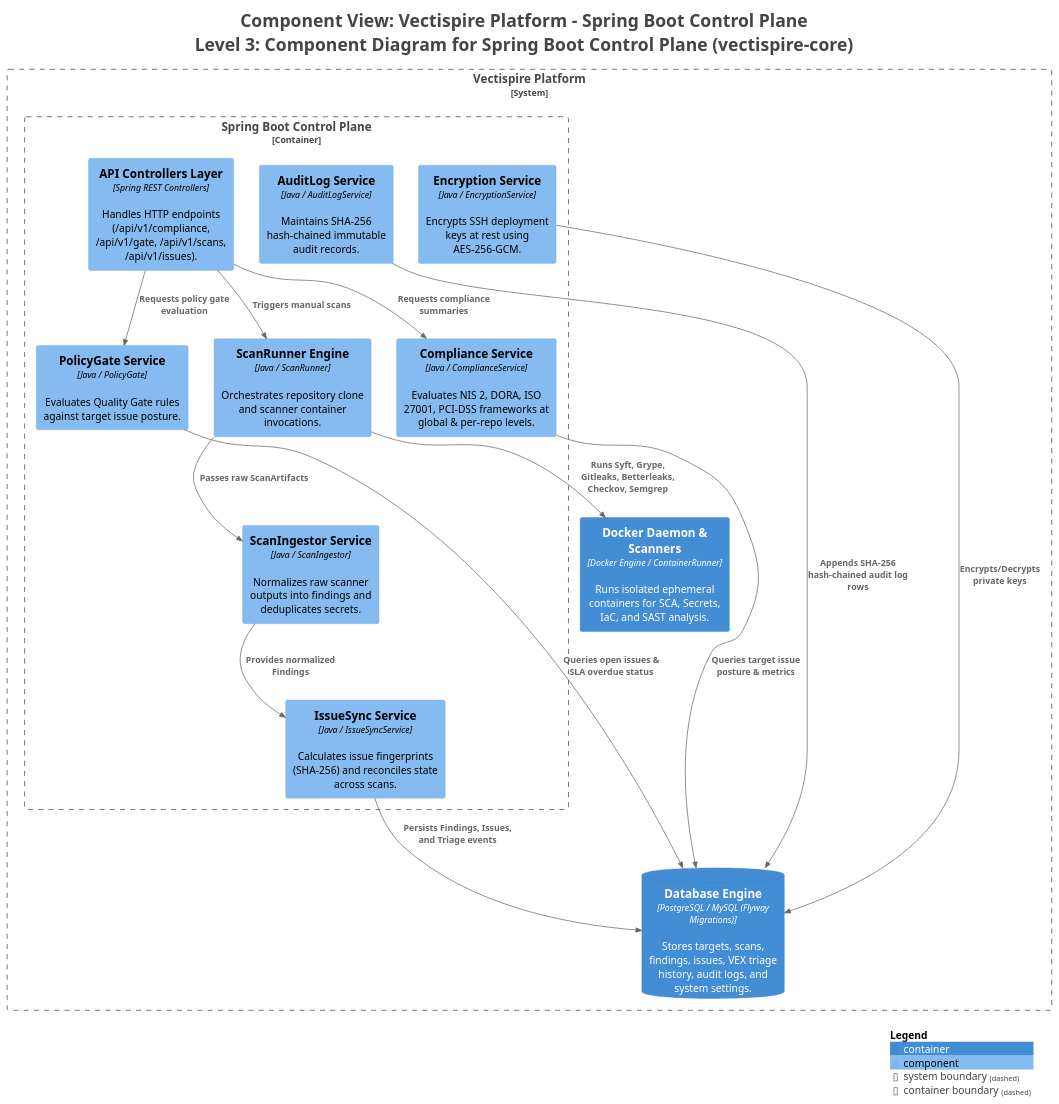
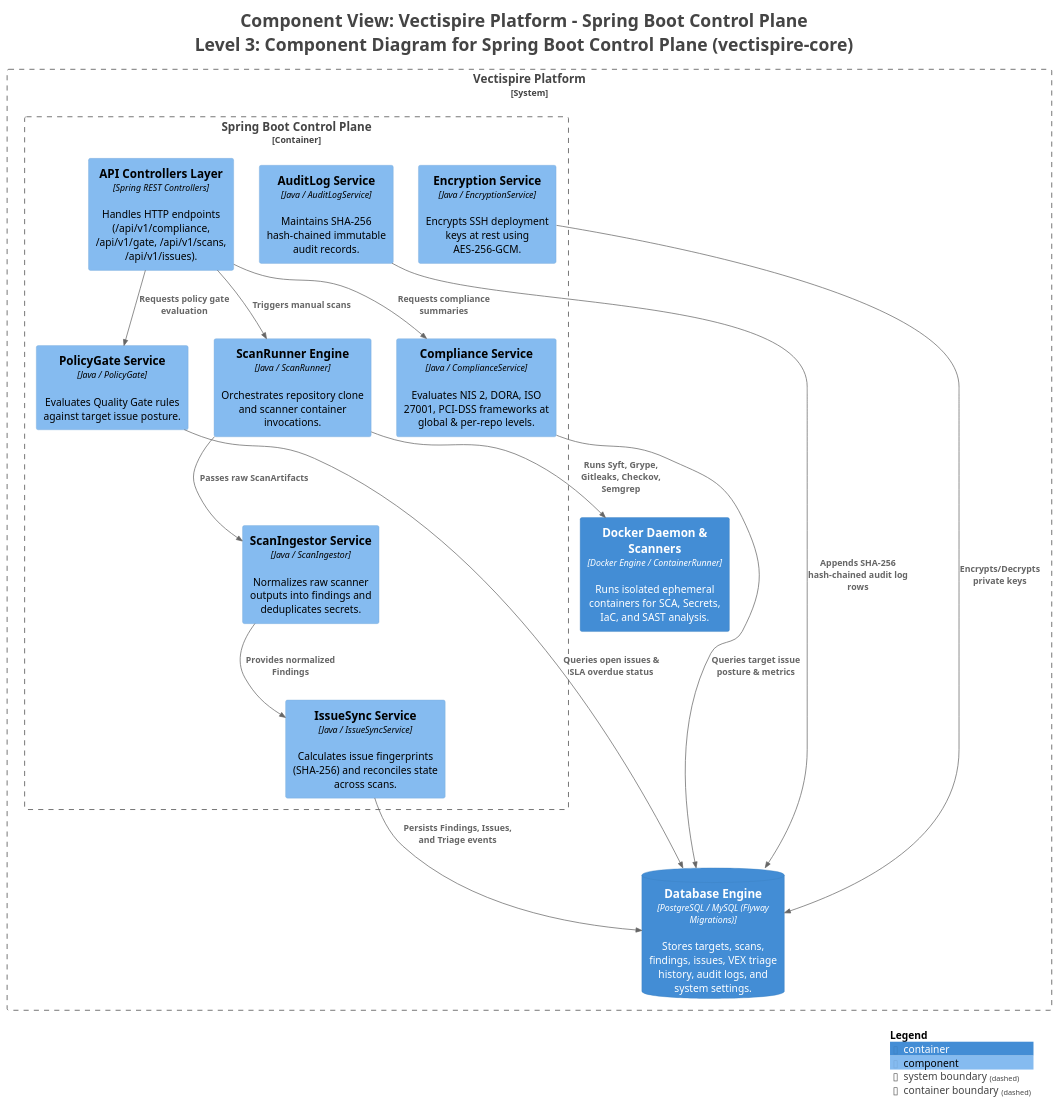
The diagram in docs/architecture/c4/diagrams/structurizr-Components.puml (asmolabs/vectispire), drawn with PlantUML before and after one commit. The commit also changed 38 other files, not shown here.

```diff
--- a/docs/architecture/c4/diagrams/structurizr-Components.puml
+++ b/docs/architecture/c4/diagrams/structurizr-Components.puml
@@ -1,49 +1,49 @@
 @startuml
 title <size:24>Component View: Vectispire Platform - Spring Boot Control Plane</size>\n<size:24>Level 3: Component Diagram for Spring Boot Control Plane (vectispire-core)</size>
 
 set separator none
 top to bottom direction
 
 <style>
   root {
     BackgroundColor: #ffffff
     FontColor: #444444
   }
 </style>
 
 !include <C4/C4>
 !include <C4/C4_Context>
 !include <C4/C4_Container>
 !include <C4/C4_Component>
 
 System_Boundary("VectispirePlatform_boundary", "Vectispire Platform", $tags="") {
   Container_Boundary("VectispirePlatform.SpringBootControlPlane_boundary", "Spring Boot Control Plane", $tags="") {
     Component(VectispirePlatform.SpringBootControlPlane.IssueSyncService, "IssueSync Service", $techn="Java / IssueSyncService", $descr="Calculates issue fingerprints (SHA-256) and reconciles state across scans.", $tags="", $link="")
     Component(VectispirePlatform.SpringBootControlPlane.ComplianceService, "Compliance Service", $techn="Java / ComplianceService", $descr="Evaluates NIS 2, DORA, ISO 27001, PCI-DSS frameworks at global & per-repo levels.", $tags="", $link="")
     Component(VectispirePlatform.SpringBootControlPlane.PolicyGateService, "PolicyGate Service", $techn="Java / PolicyGate", $descr="Evaluates Quality Gate rules against target issue posture.", $tags="", $link="")
     Component(VectispirePlatform.SpringBootControlPlane.AuditLogService, "AuditLog Service", $techn="Java / AuditLogService", $descr="Maintains SHA-256 hash-chained immutable audit records.", $tags="", $link="")
     Component(VectispirePlatform.SpringBootControlPlane.EncryptionService, "Encryption Service", $techn="Java / EncryptionService", $descr="Encrypts SSH deployment keys at rest using AES-256-GCM.", $tags="", $link="")
     Component(VectispirePlatform.SpringBootControlPlane.APIControllersLayer, "API Controllers Layer", $techn="Spring REST Controllers", $descr="Handles HTTP endpoints (/api/v1/compliance, /api/v1/gate, /api/v1/scans, /api/v1/issues).", $tags="", $link="")
     Component(VectispirePlatform.SpringBootControlPlane.ScanRunnerEngine, "ScanRunner Engine", $techn="Java / ScanRunner", $descr="Orchestrates repository clone and scanner container invocations.", $tags="", $link="")
     Component(VectispirePlatform.SpringBootControlPlane.ScanIngestorService, "ScanIngestor Service", $techn="Java / ScanIngestor", $descr="Normalizes raw scanner outputs into findings and deduplicates secrets.", $tags="", $link="")
   }
 
   ContainerDb(VectispirePlatform.DatabaseEngine, "Database Engine", $techn="PostgreSQL / MySQL (Flyway Migrations)", $descr="Stores targets, scans, findings, issues, VEX triage history, audit logs, and system settings.", $tags="", $link="")
   Container(VectispirePlatform.DockerDaemonScanners, "Docker Daemon & Scanners", $techn="Docker Engine / ContainerRunner", $descr="Runs isolated ephemeral containers for SCA, Secrets, IaC, and SAST analysis.", $tags="", $link="")
 }
 
 Rel(VectispirePlatform.SpringBootControlPlane.APIControllersLayer, VectispirePlatform.SpringBootControlPlane.ComplianceService, "Requests compliance summaries", $techn="", $tags="", $link="")
 Rel(VectispirePlatform.SpringBootControlPlane.APIControllersLayer, VectispirePlatform.SpringBootControlPlane.PolicyGateService, "Requests policy gate evaluation", $techn="", $tags="", $link="")
 Rel(VectispirePlatform.SpringBootControlPlane.APIControllersLayer, VectispirePlatform.SpringBootControlPlane.ScanRunnerEngine, "Triggers manual scans", $techn="", $tags="", $link="")
-Rel(VectispirePlatform.SpringBootControlPlane.ScanRunnerEngine, VectispirePlatform.DockerDaemonScanners, "Runs Syft, Grype, Gitleaks, Betterleaks, Checkov, Semgrep", $techn="", $tags="", $link="")
+Rel(VectispirePlatform.SpringBootControlPlane.ScanRunnerEngine, VectispirePlatform.DockerDaemonScanners, "Runs Syft, Grype, Gitleaks, Checkov, Semgrep", $techn="", $tags="", $link="")
 Rel(VectispirePlatform.SpringBootControlPlane.ScanRunnerEngine, VectispirePlatform.SpringBootControlPlane.ScanIngestorService, "Passes raw ScanArtifacts", $techn="", $tags="", $link="")
 Rel(VectispirePlatform.SpringBootControlPlane.ScanIngestorService, VectispirePlatform.SpringBootControlPlane.IssueSyncService, "Provides normalized Findings", $techn="", $tags="", $link="")
 Rel(VectispirePlatform.SpringBootControlPlane.IssueSyncService, VectispirePlatform.DatabaseEngine, "Persists Findings, Issues, and Triage events", $techn="", $tags="", $link="")
 Rel(VectispirePlatform.SpringBootControlPlane.ComplianceService, VectispirePlatform.DatabaseEngine, "Queries target issue posture & metrics", $techn="", $tags="", $link="")
 Rel(VectispirePlatform.SpringBootControlPlane.PolicyGateService, VectispirePlatform.DatabaseEngine, "Queries open issues & SLA overdue status", $techn="", $tags="", $link="")
 Rel(VectispirePlatform.SpringBootControlPlane.AuditLogService, VectispirePlatform.DatabaseEngine, "Appends SHA-256 hash-chained audit log rows", $techn="", $tags="", $link="")
 Rel(VectispirePlatform.SpringBootControlPlane.EncryptionService, VectispirePlatform.DatabaseEngine, "Encrypts/Decrypts private keys", $techn="", $tags="", $link="")
 
 SHOW_LEGEND(true)
 hide stereotypes
 @enduml
```
